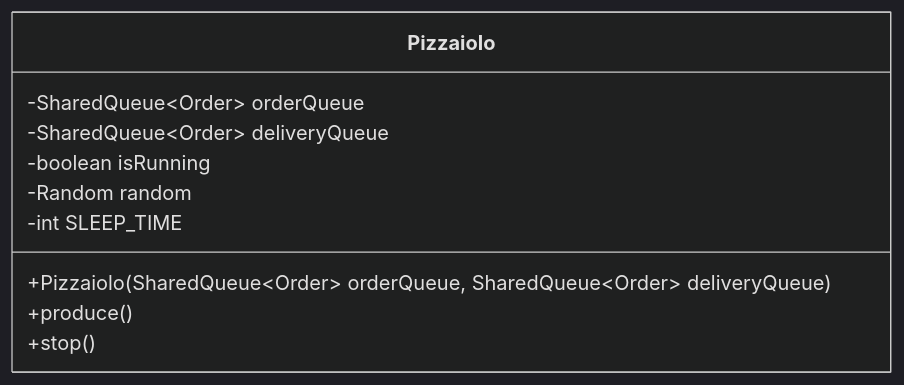
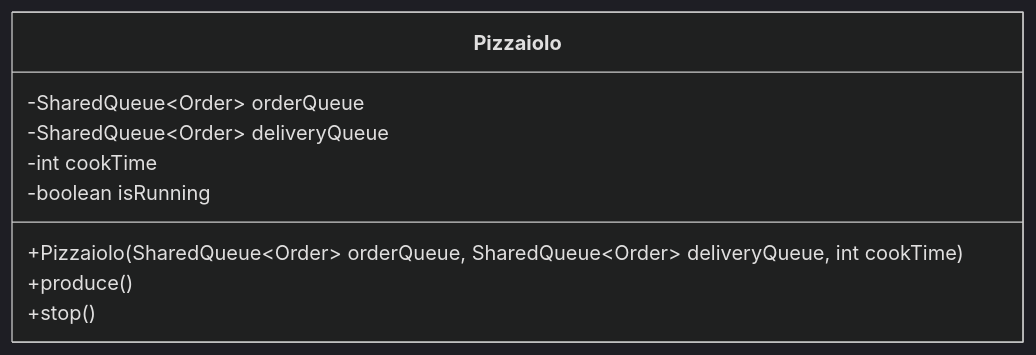
One commit to dTolmachev1/OOP changed the diagram in Task_2_2_1/src/main/resources/Pizzaiolo.mmd. Above: the diagram before and after it, drawn with Mermaid (dark theme). The commit also changed 14 other files, not shown here.

```diff
--- a/Task_2_2_1/src/main/resources/Pizzaiolo.mmd
+++ b/Task_2_2_1/src/main/resources/Pizzaiolo.mmd
@@ -1,11 +1,10 @@
 classDiagram
     class Pizzaiolo {
         -SharedQueue~Order~ orderQueue
         -SharedQueue~Order~ deliveryQueue
+        -int cookTime
         -boolean isRunning
-        -Random random
-        -int SLEEP_TIME
-        +Pizzaiolo(SharedQueue~Order~ orderQueue, SharedQueue~Order~ deliveryQueue)
+        +Pizzaiolo(SharedQueue~Order~ orderQueue, SharedQueue~Order~ deliveryQueue, int cookTime)
         +produce()
         +stop()
     }
```
